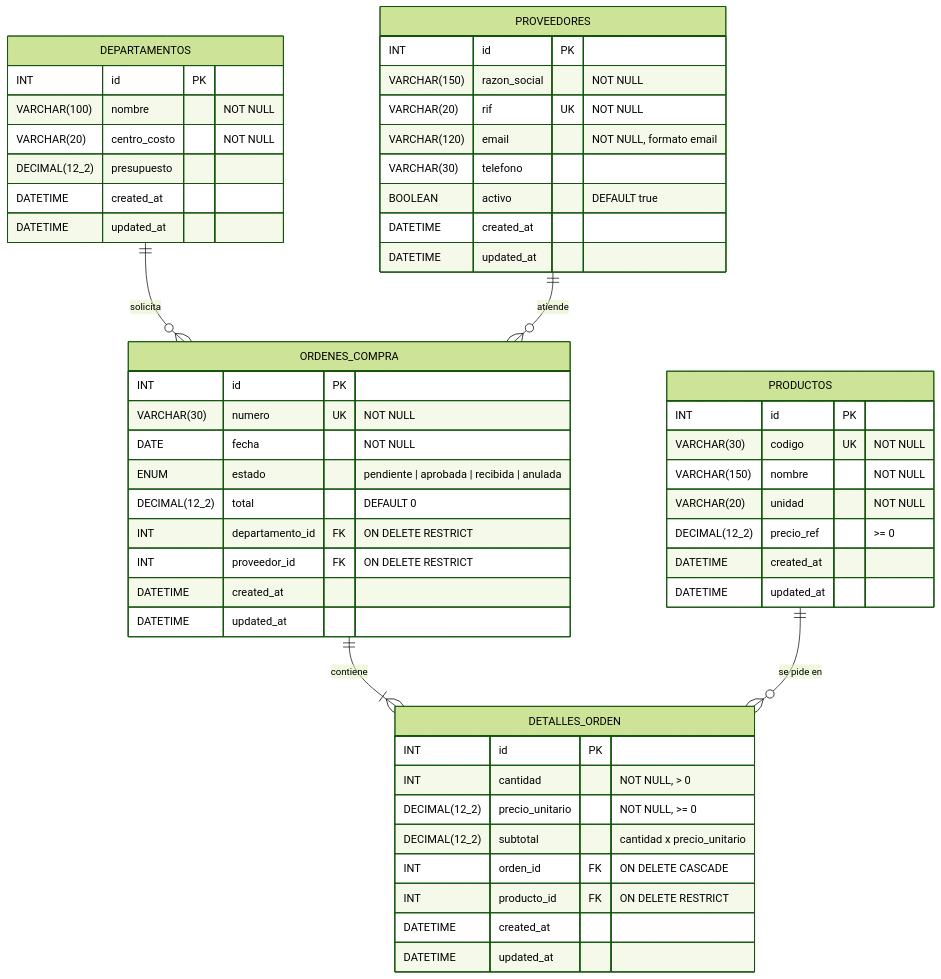
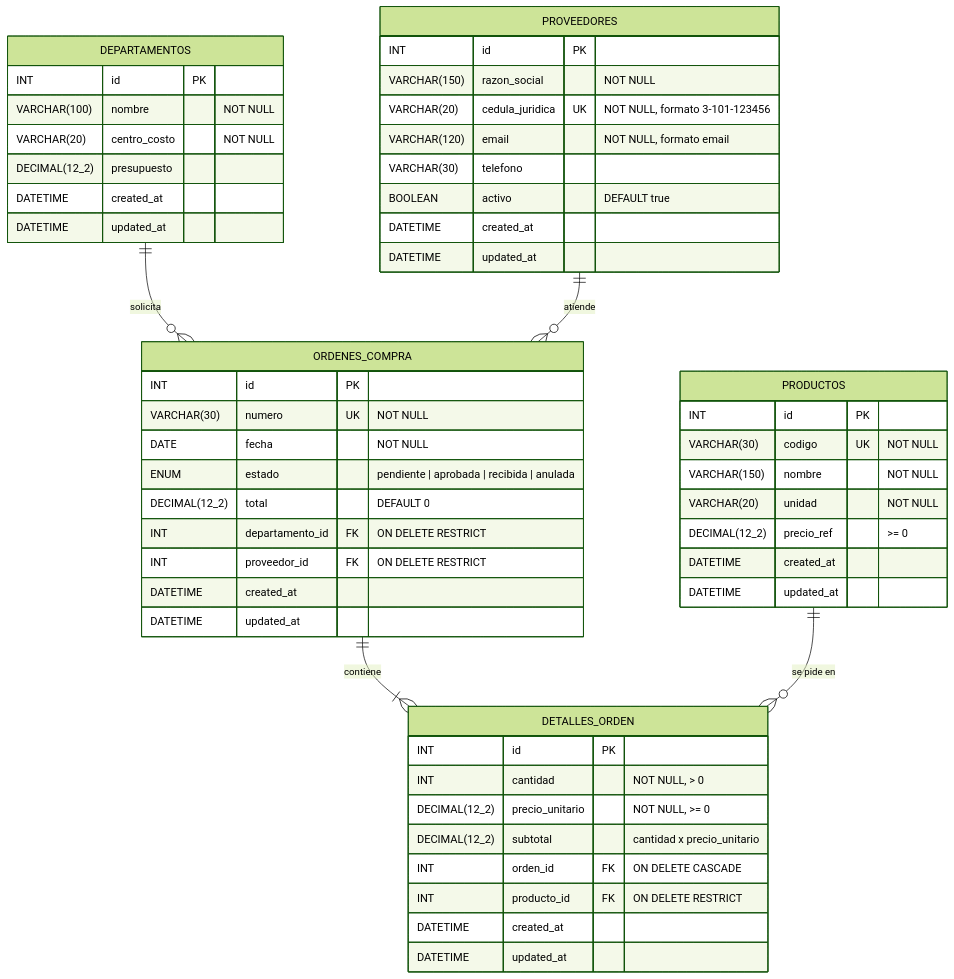
One commit to victorgonzalez246/sistema-ordenes-compra changed the diagram in docs/diagrama-er.md. Above: the diagram before and after it, drawn with Mermaid (forest theme). The commit also changed 17 other files, not shown here.

````diff
--- a/docs/diagrama-er.md
+++ b/docs/diagrama-er.md
@@ -3,60 +3,60 @@
 ```mermaid
 erDiagram
     DEPARTAMENTOS ||--o{ ORDENES_COMPRA : "solicita"
     PROVEEDORES   ||--o{ ORDENES_COMPRA : "atiende"
     ORDENES_COMPRA ||--|{ DETALLES_ORDEN : "contiene"
     PRODUCTOS     ||--o{ DETALLES_ORDEN : "se pide en"
 
     DEPARTAMENTOS {
         INT id PK
         VARCHAR(100) nombre "NOT NULL"
         VARCHAR(20) centro_costo "NOT NULL"
         DECIMAL(12_2) presupuesto
         DATETIME created_at
         DATETIME updated_at
     }
 
     PROVEEDORES {
         INT id PK
         VARCHAR(150) razon_social "NOT NULL"
-        VARCHAR(20) rif UK "NOT NULL"
+        VARCHAR(20) cedula_juridica UK "NOT NULL, formato 3-101-123456"
         VARCHAR(120) email "NOT NULL, formato email"
         VARCHAR(30) telefono
         BOOLEAN activo "DEFAULT true"
         DATETIME created_at
         DATETIME updated_at
     }
 
     PRODUCTOS {
         INT id PK
         VARCHAR(30) codigo UK "NOT NULL"
         VARCHAR(150) nombre "NOT NULL"
         VARCHAR(20) unidad "NOT NULL"
         DECIMAL(12_2) precio_ref ">= 0"
         DATETIME created_at
         DATETIME updated_at
     }
 
     ORDENES_COMPRA {
         INT id PK
         VARCHAR(30) numero UK "NOT NULL"
         DATE fecha "NOT NULL"
         ENUM estado "pendiente | aprobada | recibida | anulada"
         DECIMAL(12_2) total "DEFAULT 0"
         INT departamento_id FK "ON DELETE RESTRICT"
         INT proveedor_id FK "ON DELETE RESTRICT"
         DATETIME created_at
         DATETIME updated_at
     }
 
     DETALLES_ORDEN {
         INT id PK
         INT cantidad "NOT NULL, > 0"
         DECIMAL(12_2) precio_unitario "NOT NULL, >= 0"
         DECIMAL(12_2) subtotal "cantidad x precio_unitario"
         INT orden_id FK "ON DELETE CASCADE"
         INT producto_id FK "ON DELETE RESTRICT"
         DATETIME created_at
         DATETIME updated_at
     }
 ```
````
